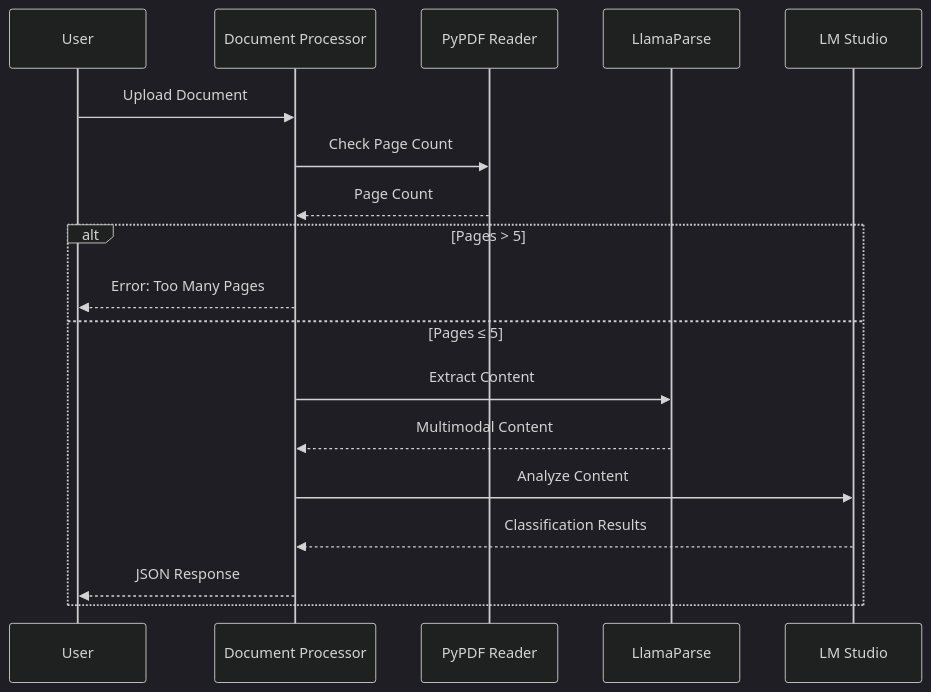
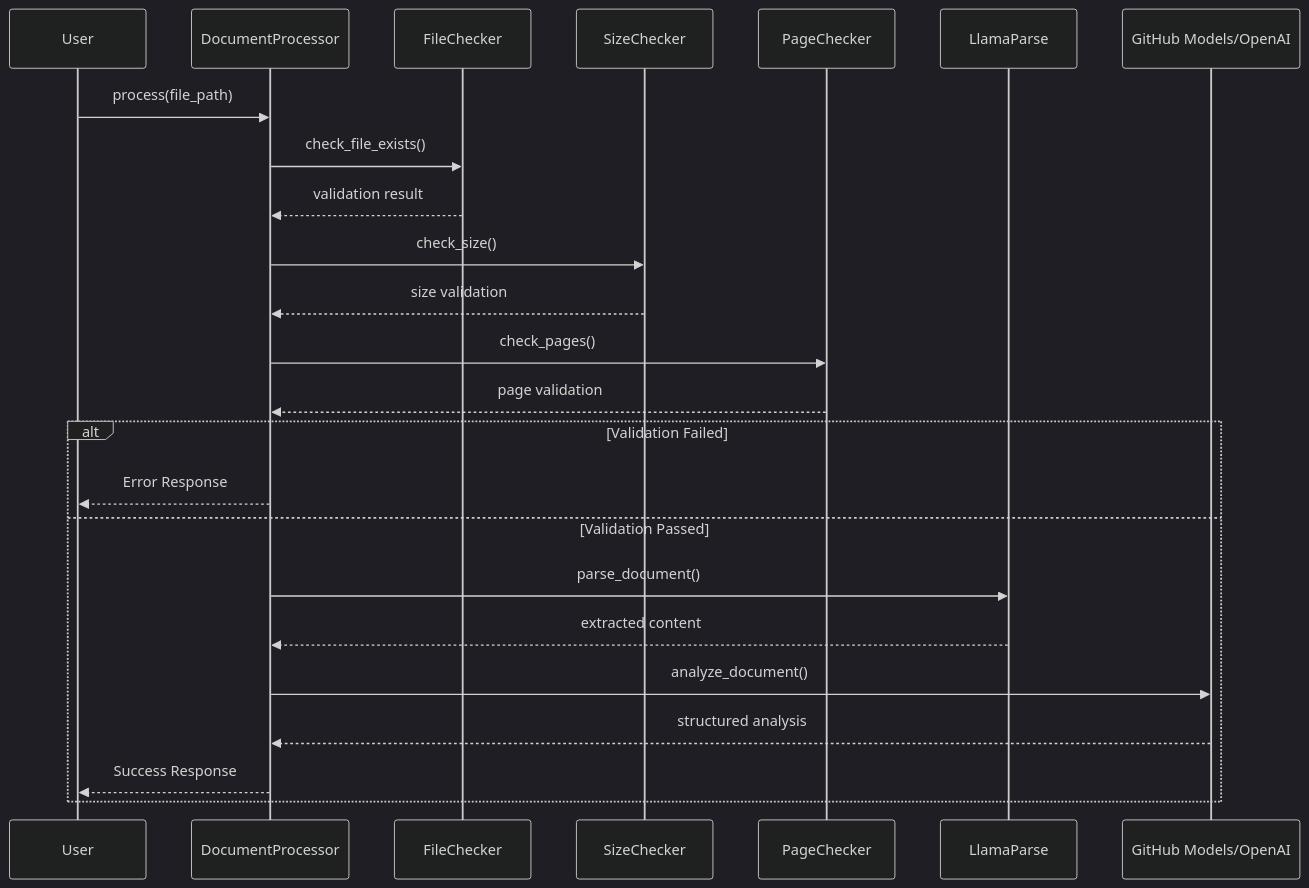
The second of 2 diagrams in README.md (KarthikChekuri/AI_Document_Processor), drawn with Mermaid (dark theme) before and after one commit. The commit also changed other lines of this file, not shown here.

````diff
--- a/README.md
+++ b/README.md
@@ -129,22 +187,30 @@
 ```mermaid
 sequenceDiagram
     participant U as User
-    participant DP as Document Processor
-    participant PP as PyPDF Reader
+    participant DP as DocumentProcessor
+    participant FC as FileChecker
+    participant SC as SizeChecker
+    participant PC as PageChecker
     participant LP as LlamaParse
-    participant LM as LM Studio
+    participant AI as GitHub Models/OpenAI
     
-    U->>DP: Upload Document
-    DP->>PP: Check Page Count
-    PP-->>DP: Page Count
+    U->>DP: process(file_path)
+    DP->>FC: check_file_exists()
+    FC-->>DP: validation result
     
-    alt Pages > 5
-        DP-->>U: Error: Too Many Pages
-    else Pages ≤ 5
-        DP->>LP: Extract Content
-        LP-->>DP: Multimodal Content
-        DP->>LM: Analyze Content
-        LM-->>DP: Classification Results
-        DP-->>U: JSON Response
+    DP->>SC: check_size()
+    SC-->>DP: size validation
+    
+    DP->>PC: check_pages()
+    PC-->>DP: page validation
+    
+    alt Validation Failed
+        DP-->>U: Error Response
+    else Validation Passed
+        DP->>LP: parse_document()
+        LP-->>DP: extracted content
+        DP->>AI: analyze_document()
+        AI-->>DP: structured analysis
+        DP-->>U: Success Response
     end
 ```
````
